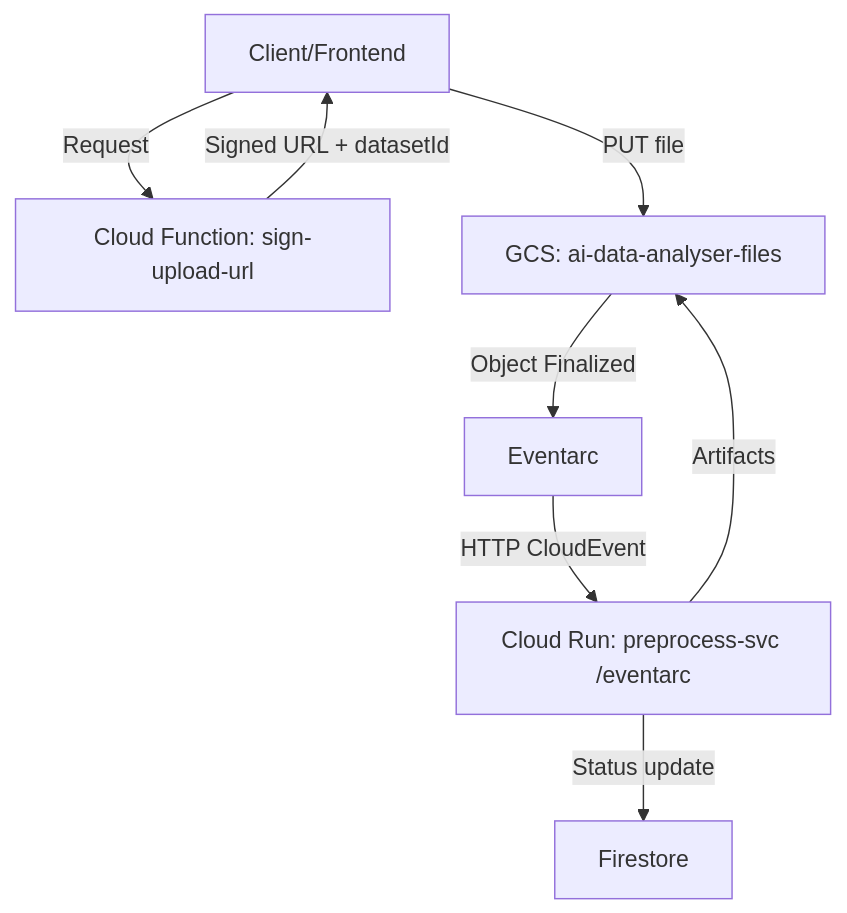
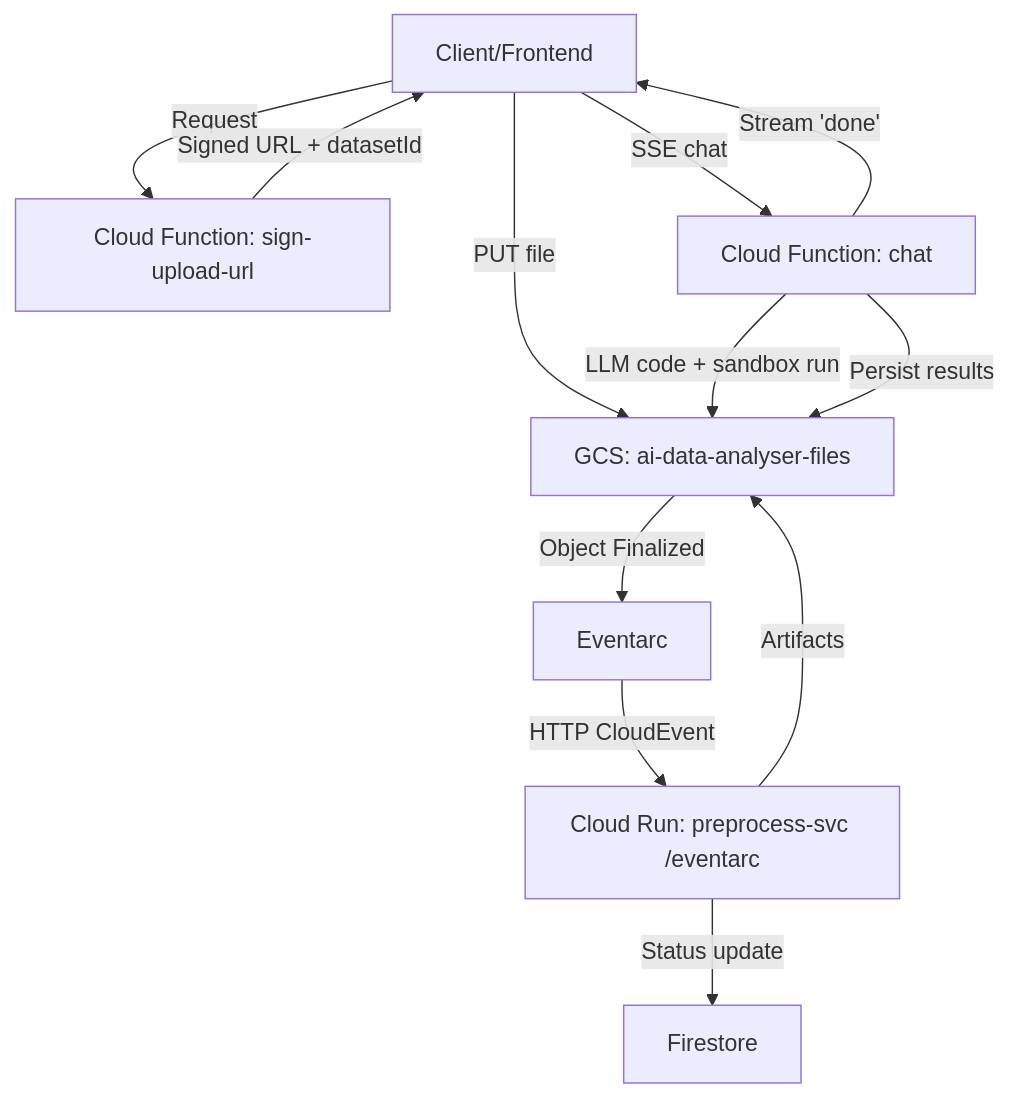
One commit to fdemirciler/ai-data-analysis changed the diagram in README.md. Above: the diagram before and after it, drawn with Mermaid. The commit also changed other lines of this file and 3 other files, not shown here.

````diff
--- a/README.md
+++ b/README.md
@@ -19,10 +20,14 @@
 ```mermaid
 flowchart TD
   A[Client/Frontend] -->|Request| B[Cloud Function: sign-upload-url]
   B -->|Signed URL + datasetId| A
   A -->|PUT file| C[GCS: ai-data-analyser-files]
   C -->|Object Finalized| D[Eventarc]
   D -->|HTTP CloudEvent| E[Cloud Run: preprocess-svc /eventarc]
   E -->|Artifacts| C
   E -->|Status update| F[Firestore]
+  A -->|SSE chat| G[Cloud Function: chat]
+  G -->|LLM code + sandbox run| C
+  G -->|Persist results| C
+  G -->|Stream 'done'| A
 ```
````
